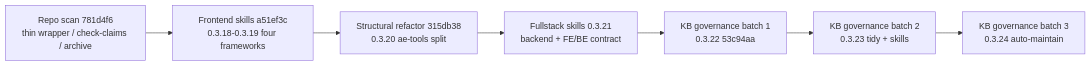
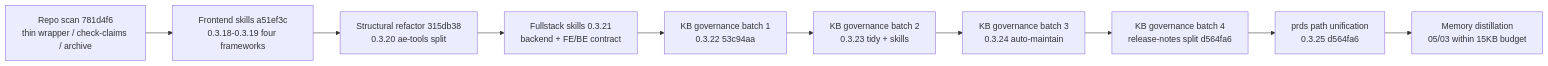
The first of 3 diagrams in docs/ae/graphs/maintainer-artifact-graph.md (YaoGUanquan/codex-ai-agent-engine), drawn with Mermaid before and after one commit. The commit also changed other lines of this file and 10 other files, not shown here.

First line of the commit message:
docs: distill oversized memory files and sync graph, index, and archives

````diff
--- a/docs/ae/graphs/maintainer-artifact-graph.md
+++ b/docs/ae/graphs/maintainer-artifact-graph.md
@@ -8,11 +8,14 @@
 ```mermaid
 flowchart LR
   scan["Repo scan 781d4f6<br/>thin wrapper / check-claims / archive"]
   fe["Frontend skills a51ef3c<br/>0.3.18-0.3.19 four frameworks"]
   struct["Structural refactor 315db38<br/>0.3.20 ae-tools split"]
   full["Fullstack skills 0.3.21<br/>backend + FE/BE contract"]
   kb1["KB governance batch 1<br/>0.3.22 53c94aa"]
   kb2["KB governance batch 2<br/>0.3.23 tidy + skills"]
   kb3["KB governance batch 3<br/>0.3.24 auto-maintain"]
-  scan --> fe --> struct --> full --> kb1 --> kb2 --> kb3
+  kb4["KB governance batch 4<br/>release-notes split d564fa6"]
+  prds["prds path unification<br/>0.3.25 d564fa6"]
+  distill["Memory distillation<br/>05/03 within 15KB budget"]
+  scan --> fe --> struct --> full --> kb1 --> kb2 --> kb3 --> kb4 --> prds --> distill
 ```
````
